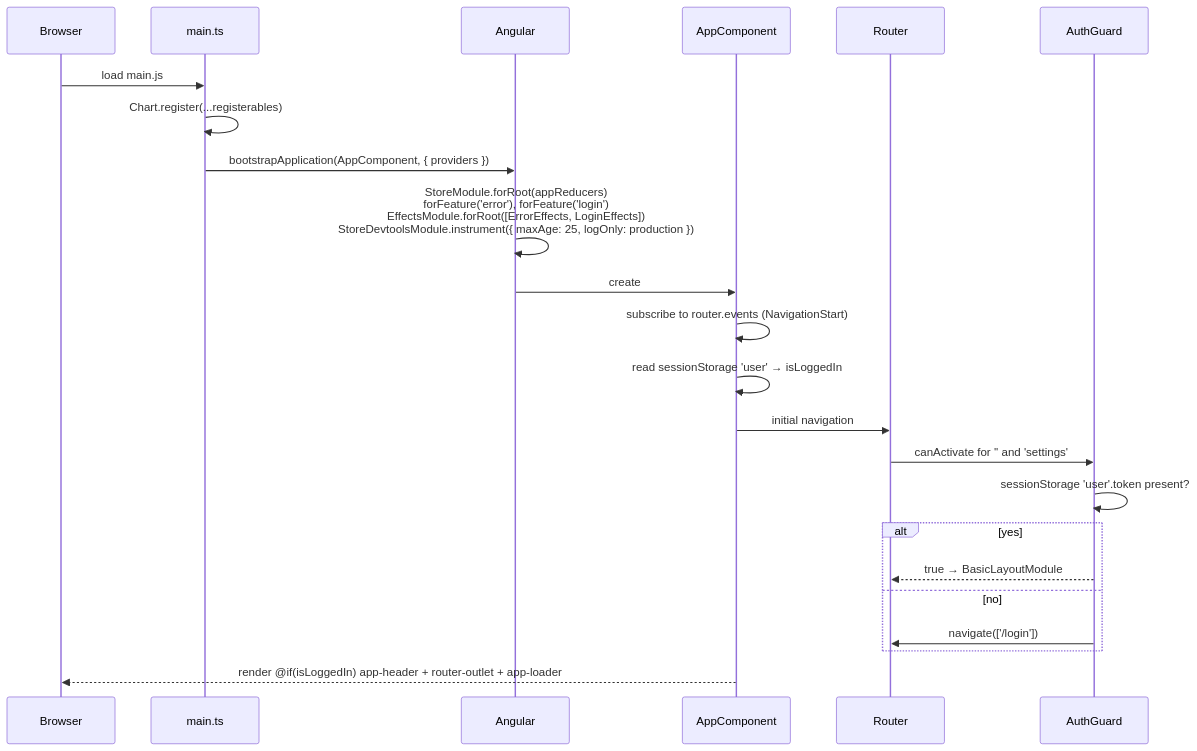
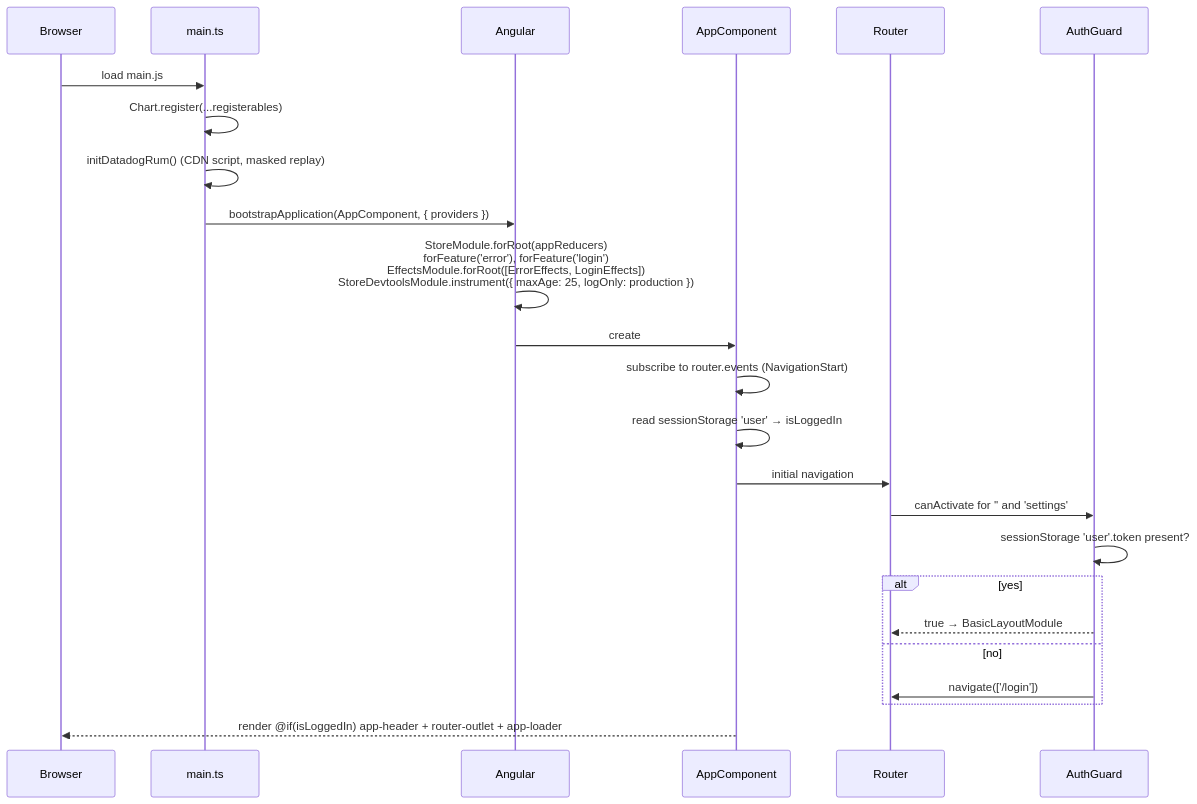
The second of 5 diagrams in docs/architecture/current/09-spa-shell-navigation-deep-dive.md (hemsingh-3PG/sai-systems-AIRE), drawn with Mermaid before and after one commit. The commit also changed other lines of this file and 285 other files, not shown here.

````diff
--- a/docs/architecture/current/09-spa-shell-navigation-deep-dive.md
+++ b/docs/architecture/current/09-spa-shell-navigation-deep-dive.md
@@ -58,26 +85,27 @@
 ```mermaid
 sequenceDiagram
   participant B as Browser
   participant M as main.ts
   participant NG as Angular
   participant AC as AppComponent
   participant R as Router
   participant G as AuthGuard
 
   B->>M: load main.js
   M->>M: Chart.register(...registerables)
+  M->>M: initDatadogRum() (CDN script, masked replay)
   M->>NG: bootstrapApplication(AppComponent, { providers })
   NG->>NG: StoreModule.forRoot(appReducers)<br/>forFeature('error'), forFeature('login')<br/>EffectsModule.forRoot([ErrorEffects, LoginEffects])<br/>StoreDevtoolsModule.instrument({ maxAge: 25, logOnly: production })
   NG->>AC: create
   AC->>AC: subscribe to router.events (NavigationStart)
   AC->>AC: read sessionStorage 'user' → isLoggedIn
   AC->>R: initial navigation
   R->>G: canActivate for '' and 'settings'
   G->>G: sessionStorage 'user'.token present?
   alt yes
     G-->>R: true → BasicLayoutModule
   else no
     G->>R: navigate(['/login'])
   end
   AC-->>B: render @if(isLoggedIn) app-header + router-outlet + app-loader
 ```
````
